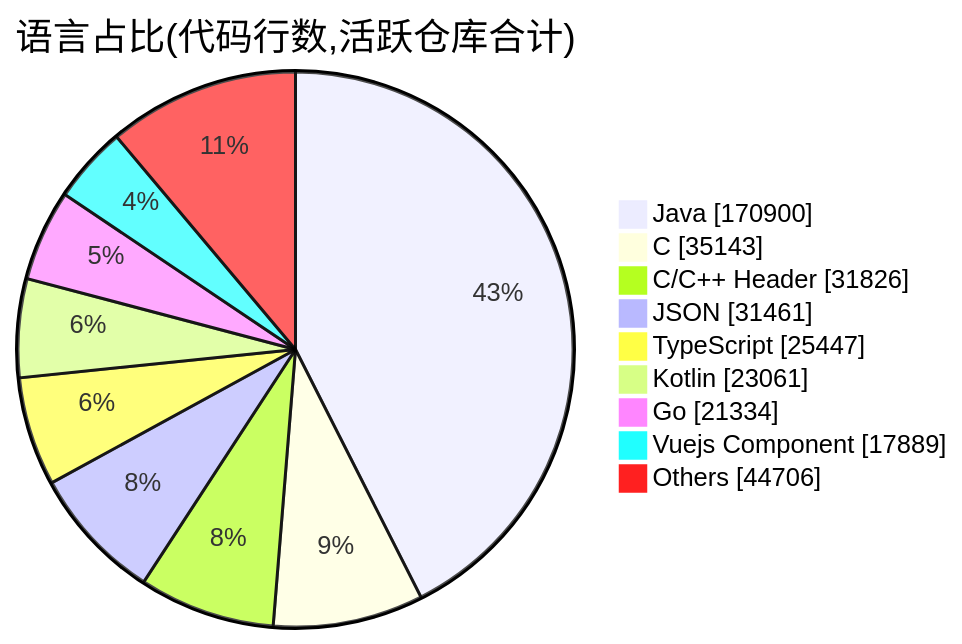
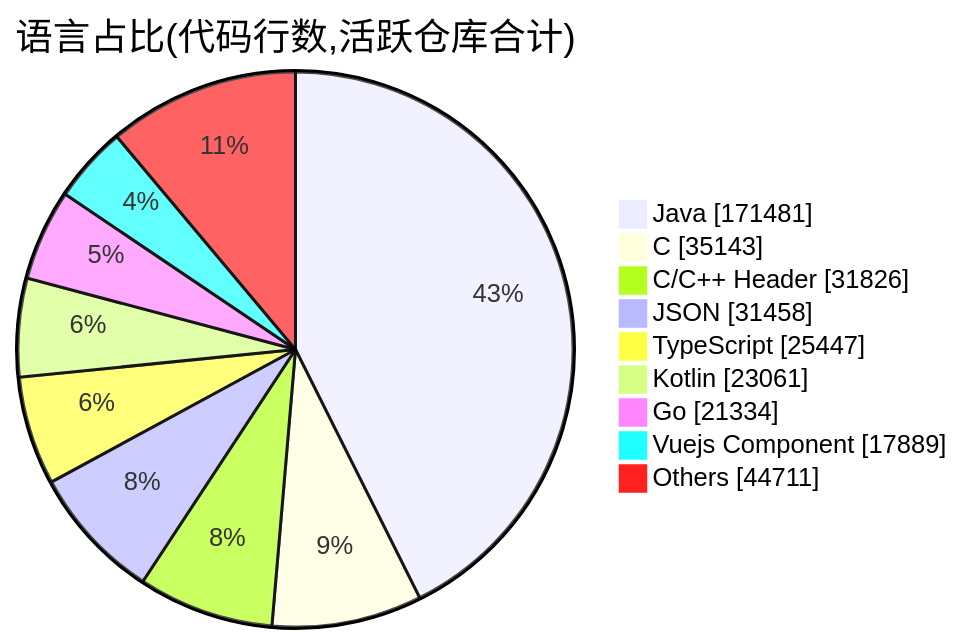
One commit to Conflux-Union/.github changed the second of 2 diagrams in profile/README.md. Above: the diagram before and after it, drawn with Mermaid. The commit also changed other lines of this file and 1 other file, not shown here.

````diff
--- a/profile/README.md
+++ b/profile/README.md
@@ -83,13 +83,13 @@
 ```mermaid
 pie showData
     title 语言占比(代码行数,活跃仓库合计)
-    "Java" : 170900
+    "Java" : 171481
     "C" : 35143
     "C/C++ Header" : 31826
-    "JSON" : 31461
+    "JSON" : 31458
     "TypeScript" : 25447
     "Kotlin" : 23061
     "Go" : 21334
     "Vuejs Component" : 17889
-    "Others" : 44706
+    "Others" : 44711
 ```
````
